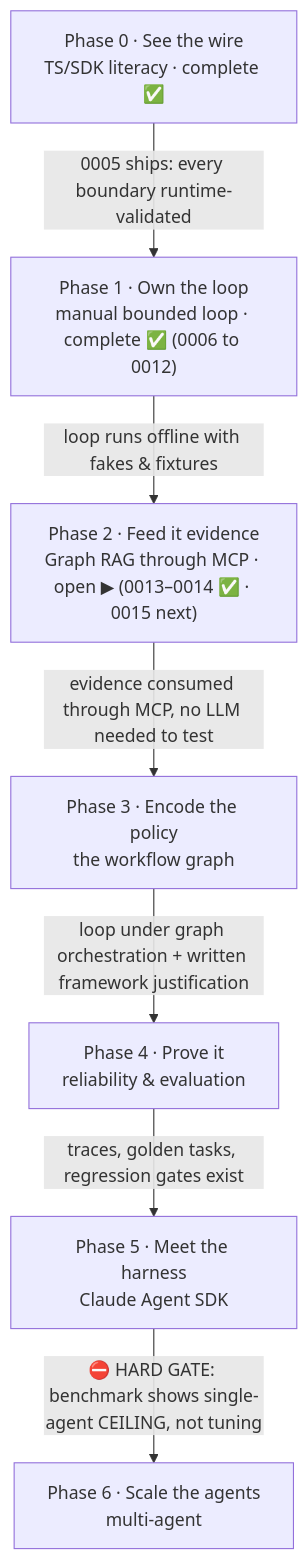
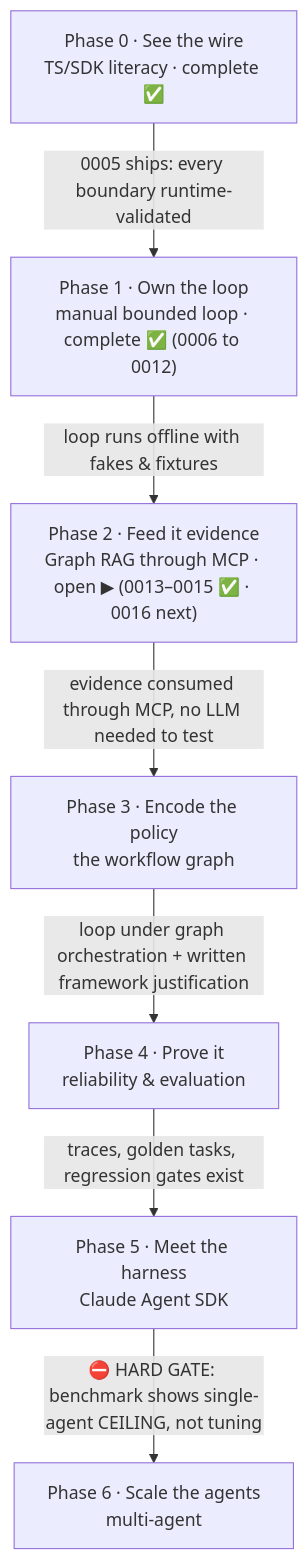
One commit to JozsefKiss90/TS changed the first of 5 diagrams in wiki/course/course-module-graph.md. Above: the diagram before and after it, drawn with Mermaid. The commit also changed other lines of this file and 28 other files, not shown here.

````diff
--- a/wiki/course/course-module-graph.md
+++ b/wiki/course/course-module-graph.md
@@ -17,16 +17,16 @@
 ```mermaid
 flowchart TD
     P0["Phase 0 · See the wire<br/>TS/SDK literacy · complete ✅"]
     P1["Phase 1 · Own the loop<br/>manual bounded loop · complete ✅ (0006 to 0012)"]
-    P2["Phase 2 · Feed it evidence<br/>Graph RAG through MCP · open ▶ (0013–0014 ✅ · 0015 next)"]
+    P2["Phase 2 · Feed it evidence<br/>Graph RAG through MCP · open ▶ (0013–0015 ✅ · 0016 next)"]
     P3["Phase 3 · Encode the policy<br/>the workflow graph"]
     P4["Phase 4 · Prove it<br/>reliability & evaluation"]
     P5["Phase 5 · Meet the harness<br/>Claude Agent SDK"]
     P6["Phase 6 · Scale the agents<br/>multi-agent"]
     P0 -->|"0005 ships: every boundary runtime-validated"| P1
     P1 -->|"loop runs offline with fakes & fixtures"| P2
     P2 -->|"evidence consumed through MCP, no LLM needed to test"| P3
     P3 -->|"loop under graph orchestration + written framework justification"| P4
     P4 -->|"traces, golden tasks, regression gates exist"| P5
     P5 -->|"⛔ HARD GATE: benchmark shows single-agent CEILING, not tuning"| P6
 ```
````
